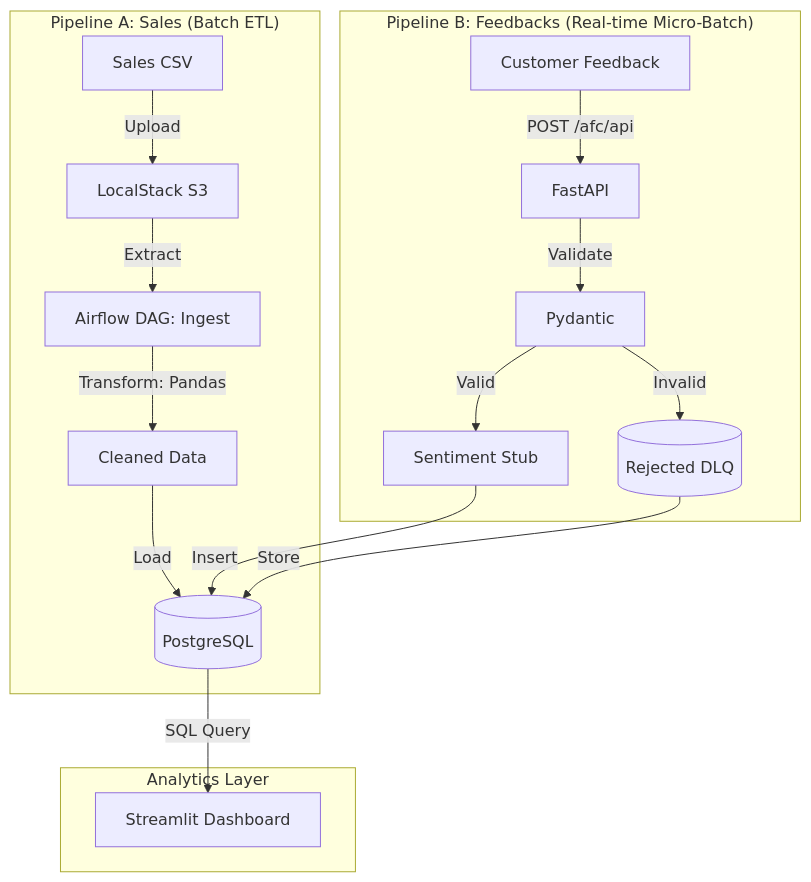
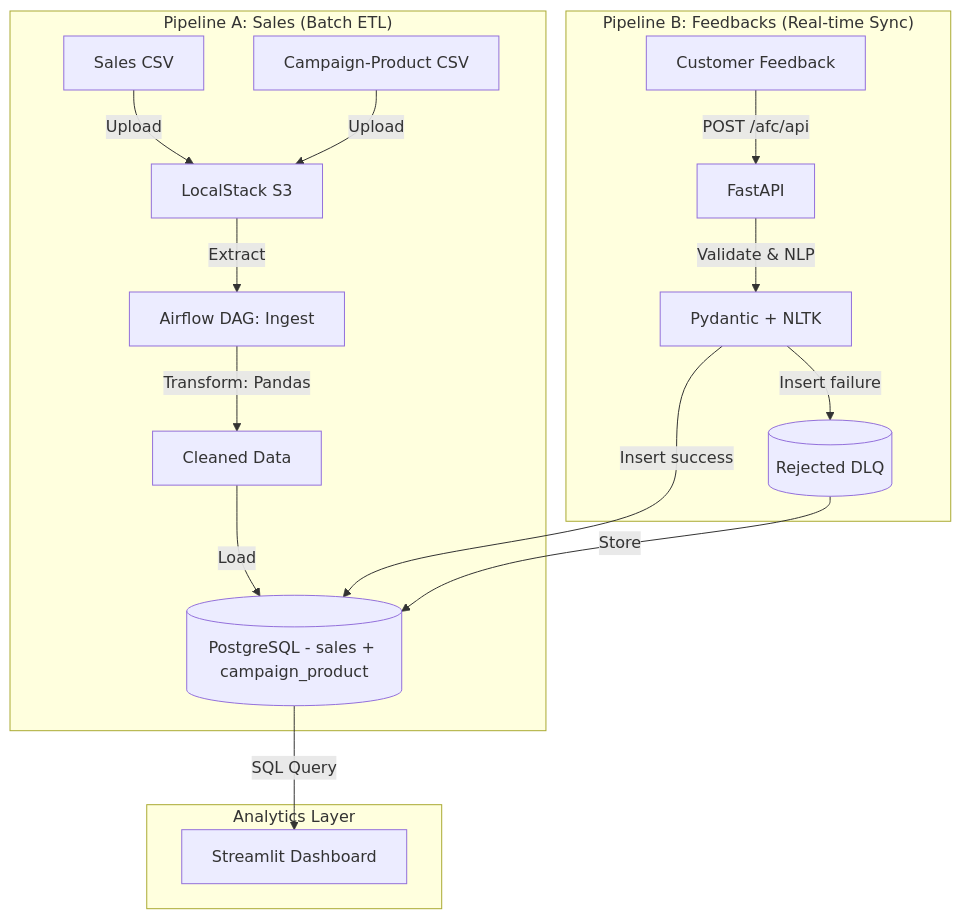
The diagram in README.md (Adelllllllll/AFC-Solution), drawn with Mermaid before and after one commit. The commit also changed other lines of this file and 8 other files, not shown here.

````diff
--- a/README.md
+++ b/README.md
@@ -20,22 +20,21 @@
 ```mermaid
 graph TD
     subgraph "Pipeline A: Sales (Batch ETL)"
-        CSV[Sales CSV] -->|Upload| S3[LocalStack S3]
+        CSV1[Sales CSV] & CSV2[Campaign‑Product CSV] -->|Upload| S3[LocalStack S3]
         S3 -->|Extract| DAG1[Airflow DAG: Ingest]
         DAG1 -->|Transform: Pandas| Clean[Cleaned Data]
-        Clean -->|Load| DB[(PostgreSQL)]
+        Clean -->|Load| DB[(PostgreSQL - sales + campaign_product)]
     end
 
-    subgraph "Pipeline B: Feedbacks (Real-time Micro-Batch)"
+    subgraph "Pipeline B: Feedbacks (Real-time Sync)"
         User[Customer Feedback] -->|POST /afc/api| API[FastAPI]
-        API -->|Validate| Pydantic[Pydantic]
-        Pydantic -->|Valid| NLP[Sentiment Stub]
-        NLP -->|Insert| DB
-        Pydantic -->|Invalid| DLQ[(Rejected DLQ)]
+        API -->|Validate & NLP| PydanticNLTK[Pydantic + NLTK]
+        PydanticNLTK -->|Insert success| DB
+        PydanticNLTK -->|Insert failure| DLQ[(Rejected DLQ)]
         DLQ -->|Store| DB
     end
 
     subgraph "Analytics Layer"
         DB -->|SQL Query| Dashboard[Streamlit Dashboard]
     end
 ```
````
